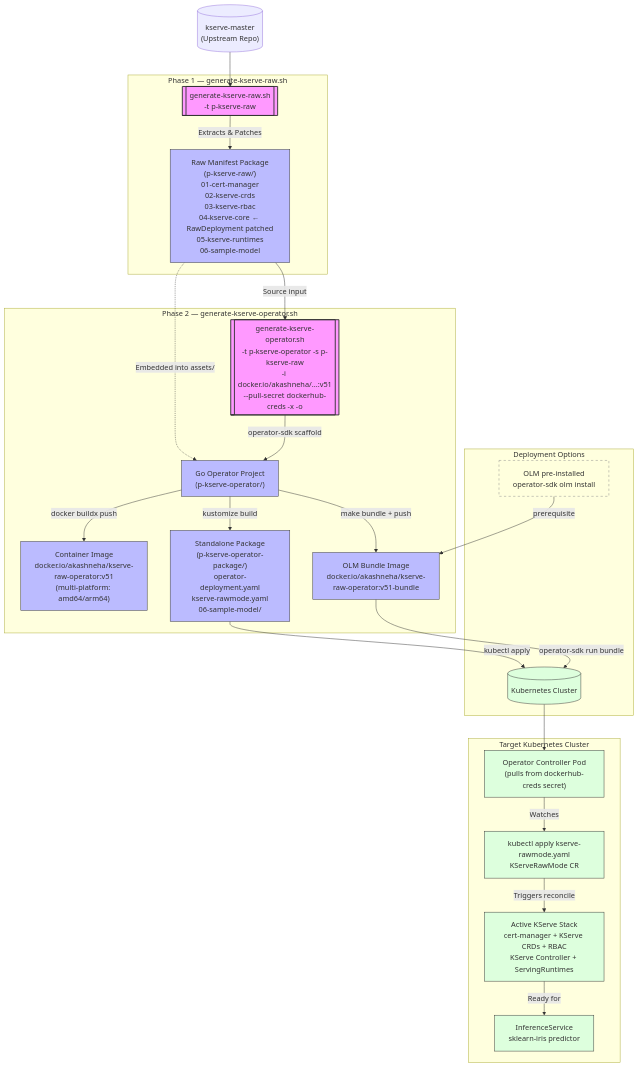
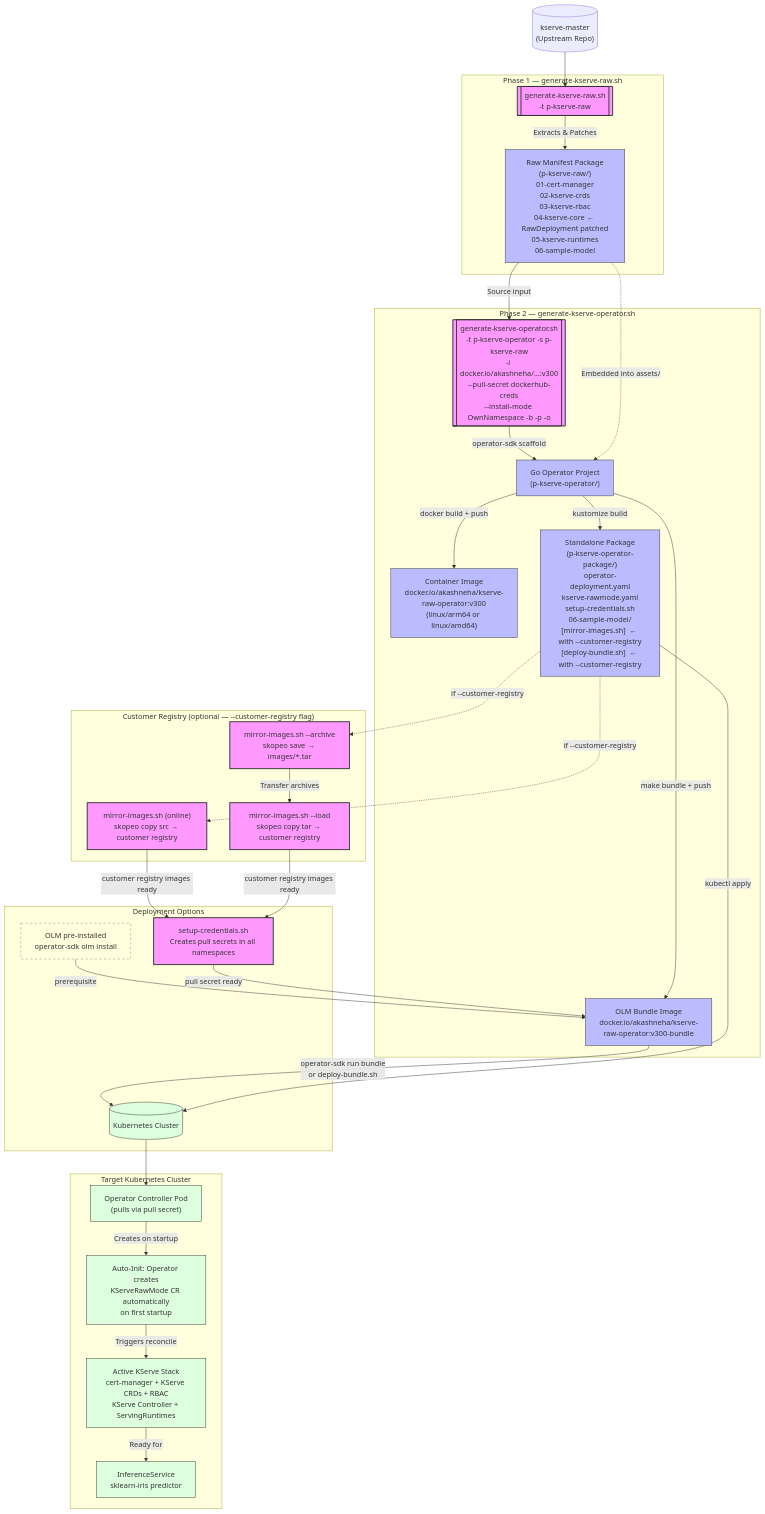
Before and after one commit to skyakash/kserve-op: the first of 2 diagrams in architecture-diagram.md, drawn with Mermaid. The commit also changed other lines of this file, not shown here.

Commit message:
docs: sync architecture diagram with current implementation
- Fix stale v51 image tag → v300 throughout
- Fix wrong -x flag → -b (build) in Phase 2 annotation
- Add auto-init behavior: operator creates KServeRawMode CR automatically,
  no manual 'kubectl apply -f kserve-rawmode.yaml' needed
- Add customer registry flow to diagram (mirror-images.sh online/archive/load)
- Add setup-credentials.sh to standalone package contents and deploy flow
- Add deploy-bundle.sh to deployment options
- Fix validation table: predictions [1,1] → [1], stale flags/tags updated
- Update validation table to include archive flow test results

````diff
--- a/architecture-diagram.md
+++ b/architecture-diagram.md
@@ -7,51 +7,66 @@
 ```mermaid
 flowchart TD
     classDef script fill:#f9f,stroke:#333,stroke-width:2px;
     classDef package fill:#bbf,stroke:#333,stroke-width:1px;
     classDef k8s fill:#dfd,stroke:#333,stroke-width:1px;
     classDef prereq fill:#ffd,stroke:#888,stroke-width:1px,stroke-dasharray:5;
 
     Source[("kserve-master\n(Upstream Repo)")] --> ExtractScript
 
     subgraph Phase1["Phase 1 — generate-kserve-raw.sh"]
         ExtractScript[["generate-kserve-raw.sh\n-t p-kserve-raw"]]:::script
         RawPkg["Raw Manifest Package\n(p-kserve-raw/)\n01-cert-manager\n02-kserve-crds\n03-kserve-rbac\n04-kserve-core ← RawDeployment patched\n05-kserve-runtimes\n06-sample-model"]:::package
         ExtractScript -->|Extracts & Patches| RawPkg
     end
 
     RawPkg -->|Source input| OperScript
 
     subgraph Phase2["Phase 2 — generate-kserve-operator.sh"]
-        OperScript[["generate-kserve-operator.sh\n-t p-kserve-operator -s p-kserve-raw\n-i docker.io/akashneha/...:v51\n--pull-secret dockerhub-creds -x -o"]]:::script
+        OperScript[["generate-kserve-operator.sh\n-t p-kserve-operator -s p-kserve-raw\n-i docker.io/akashneha/...:v300\n--pull-secret dockerhub-creds\n--install-mode OwnNamespace -b -p -o"]]:::script
         OperProj["Go Operator Project\n(p-kserve-operator/)"]:::package
-        DockerImg["Container Image\ndocker.io/akashneha/kserve-raw-operator:v51\n(multi-platform: amd64/arm64)"]:::package
-        StandalonePkg["Standalone Package\n(p-kserve-operator-package/)\noperator-deployment.yaml\nkserve-rawmode.yaml\n06-sample-model/"]:::package
-        OLMPkg["OLM Bundle Image\ndocker.io/akashneha/kserve-raw-operator:v51-bundle"]:::package
+        DockerImg["Container Image\ndocker.io/akashneha/kserve-raw-operator:v300\n(linux/arm64 or linux/amd64)"]:::package
+        StandalonePkg["Standalone Package\n(p-kserve-operator-package/)\noperator-deployment.yaml\nkserve-rawmode.yaml\nsetup-credentials.sh\n06-sample-model/\n[mirror-images.sh]  ← with --customer-registry\n[deploy-bundle.sh]  ← with --customer-registry"]:::package
+        OLMPkg["OLM Bundle Image\ndocker.io/akashneha/kserve-raw-operator:v300-bundle"]:::package
 
         OperScript -->|operator-sdk scaffold| OperProj
-        RawPkg -.->|Embedded into assets/| OperProj
-        OperProj -->|docker buildx push| DockerImg
+        RawPkg -..->|Embedded into assets/| OperProj
+        OperProj -->|docker build + push| DockerImg
         OperProj -->|kustomize build| StandalonePkg
         OperProj -->|make bundle + push| OLMPkg
     end
 
+    subgraph CustomerReg["Customer Registry (optional — --customer-registry flag)"]
+        MirrorOnline["mirror-images.sh (online)\nskopeo copy src → customer registry"]:::script
+        MirrorArchive["mirror-images.sh --archive\nskopeo save → images/*.tar"]:::script
+        MirrorLoad["mirror-images.sh --load\nskopeo copy tar → customer registry"]:::script
+        MirrorArchive -->|Transfer archives| MirrorLoad
+    end
+
+    StandalonePkg -.->|if --customer-registry| MirrorOnline
+    StandalonePkg -.->|if --customer-registry| MirrorArchive
+
     subgraph Deploy["Deployment Options"]
         OLM["OLM pre-installed\noperator-sdk olm install"]:::prereq
+        Creds["setup-credentials.sh\nCreates pull secrets in all namespaces"]:::script
         OLM -->|prerequisite| OLMPkg
-        OLMPkg -->|operator-sdk run bundle| K8sCluster
+        Creds -->|pull secret ready| OLMPkg
+        OLMPkg -->|operator-sdk run bundle\nor deploy-bundle.sh| K8sCluster
         StandalonePkg -->|kubectl apply| K8sCluster
     end
 
+    MirrorOnline -->|customer registry images ready| Creds
+    MirrorLoad -->|customer registry images ready| Creds
+
     subgraph K8s["Target Kubernetes Cluster"]
         K8sCluster[("Kubernetes Cluster")]:::k8s
-        OperPod["Operator Controller Pod\n(pulls from dockerhub-creds secret)"]:::k8s
-        CR["kubectl apply kserve-rawmode.yaml\nKServeRawMode CR"]:::k8s
+        OperPod["Operator Controller Pod\n(pulls via pull secret)"]:::k8s
+        AutoCR["Auto-Init: Operator creates\nKServeRawMode CR automatically\non first startup"]:::k8s
         KServeStack["Active KServe Stack\ncert-manager + KServe CRDs + RBAC\nKServe Controller + ServingRuntimes"]:::k8s
         IFSvc["InferenceService\nsklearn-iris predictor"]:::k8s
 
         K8sCluster --> OperPod
-        OperPod -->|Watches| CR
-        CR -->|Triggers reconcile| KServeStack
+        OperPod -->|Creates on startup| AutoCR
+        AutoCR -->|Triggers reconcile| KServeStack
         KServeStack -->|Ready for| IFSvc
     end
 ```
````
